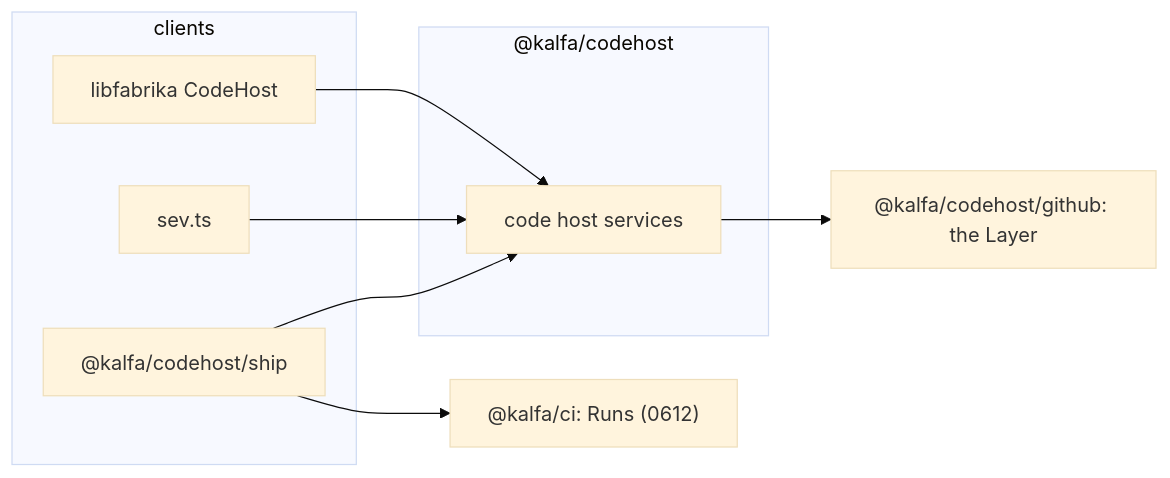
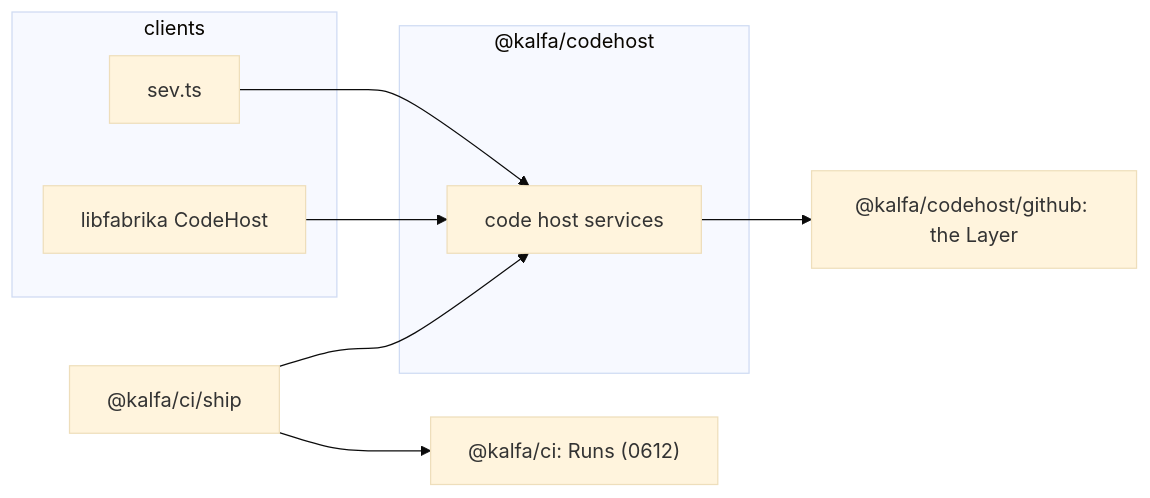
One commit to kamp-us/tea-fabrika changed the diagram in .decisions/0614-kalfa-codehost-holds-the-code-host-protocol-once.md. Above: the diagram before and after it, drawn with Mermaid (base theme). The commit also changed other lines of this file and 3 other files, not shown here.

First line of the commit message:
ship lives in @kalfa/ci as @kalfa/ci/ship, and @kalfa/codehost stays a plain protocol (decision 0614 edited)

````diff
--- a/.decisions/0614-kalfa-codehost-holds-the-code-host-protocol-once.md
+++ b/.decisions/0614-kalfa-codehost-holds-the-code-host-protocol-once.md
@@ -11,18 +11,18 @@
 ```mermaid
 flowchart LR
   subgraph clients["clients"]
-    ship["@kalfa/codehost/ship"]
     sev["sev.ts"]
     lib["libfabrika CodeHost"]
   end
+  ship["@kalfa/ci/ship"]
   subgraph codehost["@kalfa/codehost"]
     services["code host services"]
   end
   gh["@kalfa/codehost/github: the Layer"]
   runs["@kalfa/ci: Runs (0612)"]
   ship --> services
   sev --> services
   lib --> services
   services --> gh
   ship --> runs
 ```
````
